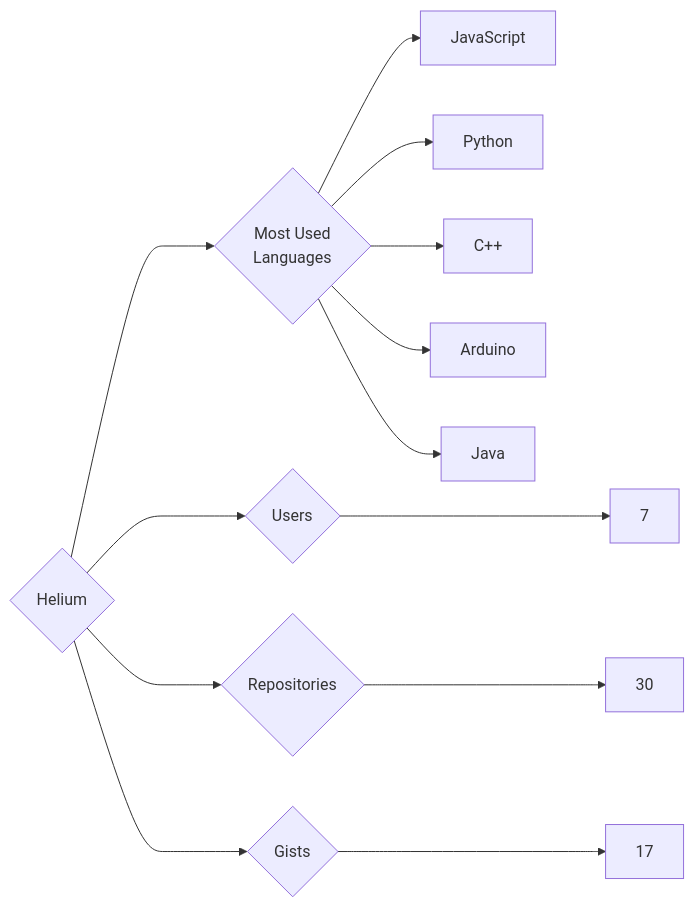
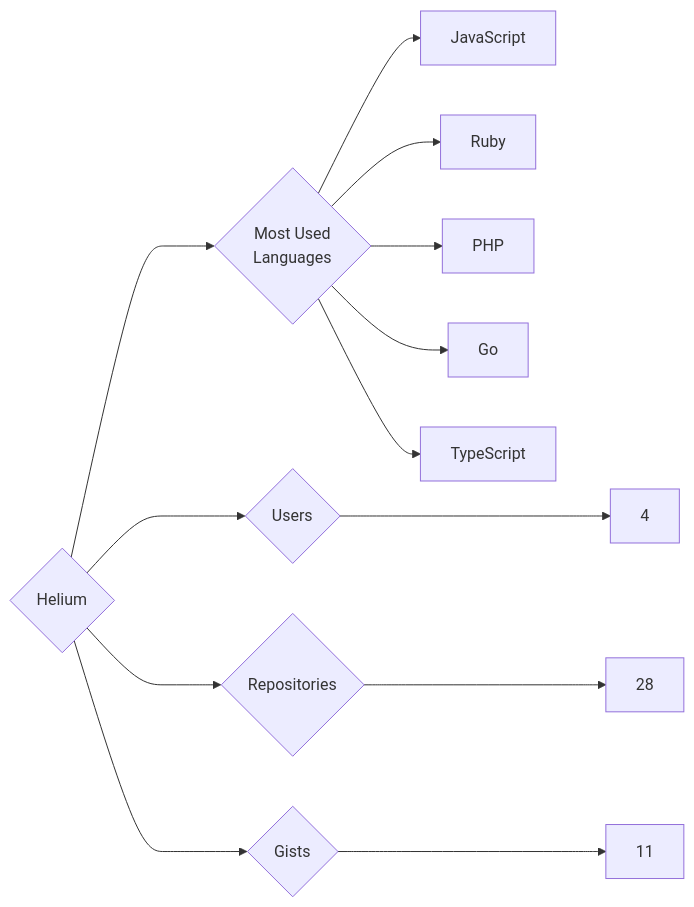
Before and after one commit to trickest/insiders: the diagram in targets/Helium/README.md, drawn with Mermaid. The commit also changed 1007 other files, not shown here.

````diff
--- a/targets/Helium/README.md
+++ b/targets/Helium/README.md
@@ -3,13 +3,13 @@
 ```mermaid
 graph LR
 COMPANY_NAME{Helium}
-COMPANY_NAME ---> U{Users} ---> UN[7]
-COMPANY_NAME ---> R{Repositories} ---> RN[30]
-COMPANY_NAME ---> G{Gists} ---> GN[17]
+COMPANY_NAME ---> U{Users} ---> UN[4]
+COMPANY_NAME ---> R{Repositories} ---> RN[28]
+COMPANY_NAME ---> G{Gists} ---> GN[11]
 COMPANY_NAME ---> ML{Most Used<br>Languages}
 ML --> JavaScript[JavaScript]
-ML --> Python[Python]
-ML --> C++[C++]
-ML --> Arduino[Arduino]
-ML --> Java[Java]
+ML --> Ruby[Ruby]
+ML --> PHP[PHP]
+ML --> Go[Go]
+ML --> TypeScript[TypeScript]
 ```
````
